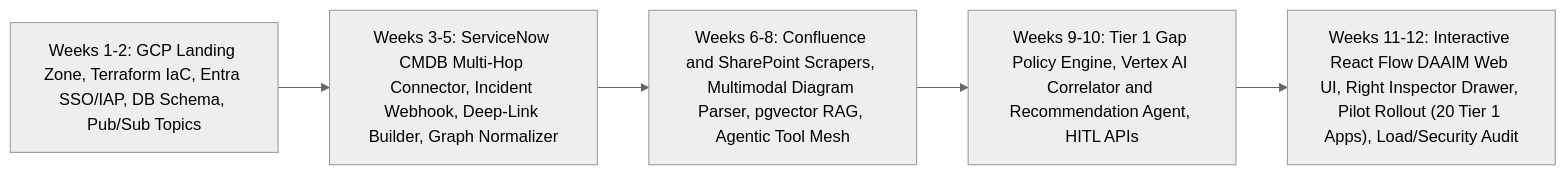
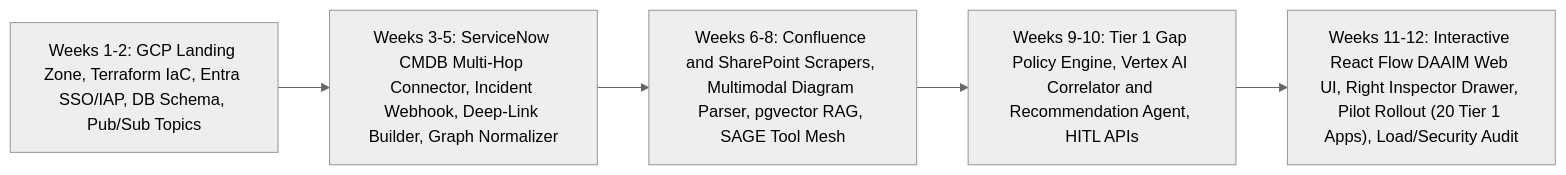
The ninth of 9 diagrams in docs/daaim_architecture_design_doc.md (ScrappyBeard/DAAIM), drawn with Mermaid (neutral theme) before and after one commit. The commit also changed other lines of this file and 3 other files, not shown here.

````diff
--- a/docs/daaim_architecture_design_doc.md
+++ b/docs/daaim_architecture_design_doc.md
@@ -703,10 +710,10 @@
 ```mermaid
 flowchart LR
     S1["Weeks 1-2: GCP Landing Zone, Terraform IaC, Entra SSO/IAP, DB Schema, Pub/Sub Topics"]
     S2["Weeks 3-5: ServiceNow CMDB Multi-Hop Connector, Incident Webhook, Deep-Link Builder, Graph Normalizer"]
-    S3["Weeks 6-8: Confluence and SharePoint Scrapers, Multimodal Diagram Parser, pgvector RAG, Agentic Tool Mesh"]
+    S3["Weeks 6-8: Confluence and SharePoint Scrapers, Multimodal Diagram Parser, pgvector RAG, SAGE Tool Mesh"]
     S4["Weeks 9-10: Tier 1 Gap Policy Engine, Vertex AI Correlator and Recommendation Agent, HITL APIs"]
     S5["Weeks 11-12: Interactive React Flow DAAIM Web UI, Right Inspector Drawer, Pilot Rollout (20 Tier 1 Apps), Load/Security Audit"]
 
     S1 --> S2 --> S3 --> S4 --> S5
 ```
````
